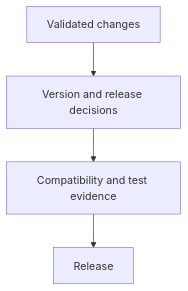
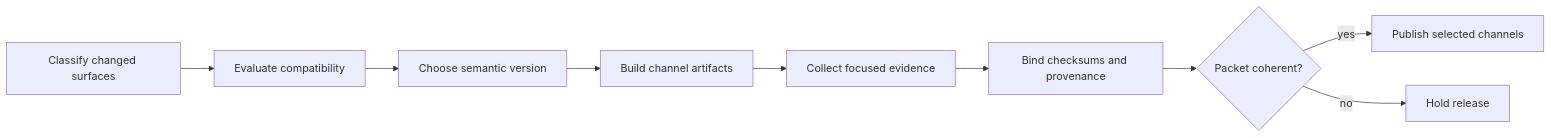
The diagram in docs/bijux-atlas-dev/delivery/release-and-versioning.md (bijux/bijux-atlas), drawn with Mermaid before and after one commit. The commit also changed other lines of this file and 1 other file, not shown here.

Commit message:
docs(versioning): make release identity drift explicit

````diff
--- a/docs/bijux-atlas-dev/delivery/release-and-versioning.md
+++ b/docs/bijux-atlas-dev/delivery/release-and-versioning.md
@@ -16,6 +18,11 @@
 ```mermaid
-flowchart TD
-    Changes[Validated changes] --> Version[Version and release decisions]
-    Version --> Evidence[Compatibility and test evidence]
-    Evidence --> Release[Release]
+flowchart LR
+    Change[Classify changed surfaces] --> Compat[Evaluate compatibility]
+    Compat --> Version[Choose semantic version]
+    Version --> Build[Build channel artifacts]
+    Build --> Evidence[Collect focused evidence]
+    Evidence --> Bind[Bind checksums and provenance]
+    Bind --> Verify{Packet coherent?}
+    Verify -->|yes| Publish[Publish selected channels]
+    Verify -->|no| Hold[Hold release]
 ```
````
